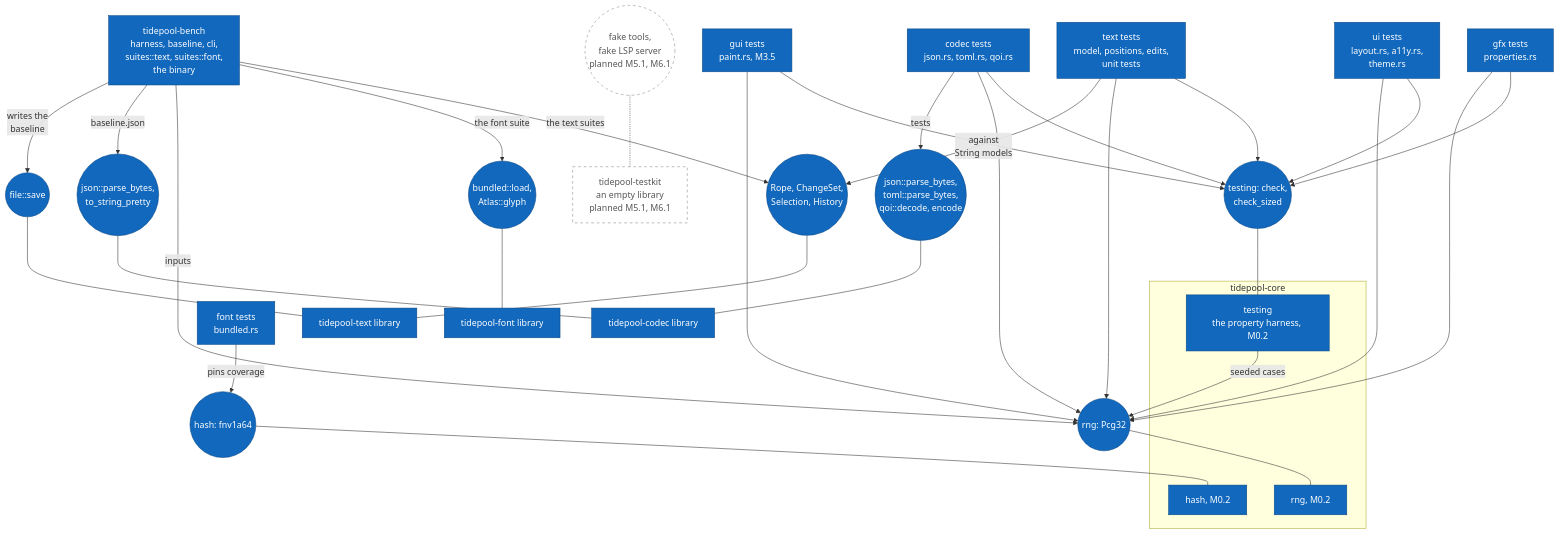
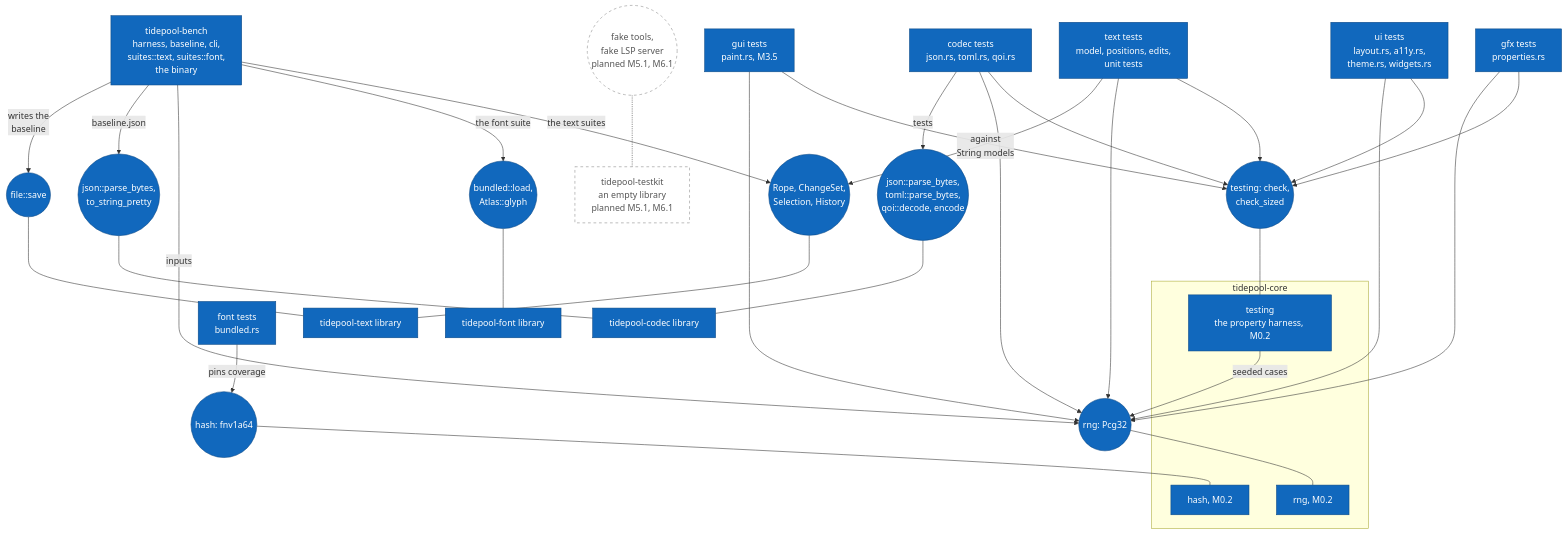
Diagram 21 of 21 in diagrams/component-diagrams.md (jabbott-iii/Tidepool), drawn with Mermaid before and after one commit. The commit also changed other lines of this file and 64 other files, not shown here.

First line of the commit message:
ui: controls, theme tokens and grapheme editing (M3.6)

````diff
--- a/diagrams/component-diagrams.md
+++ b/diagrams/component-diagrams.md
@@ -1294,67 +1314,67 @@
 ```mermaid
 flowchart TB
     c_ctests["codec tests<br/>json.rs, toml.rs, qoi.rs"]
     c_ttests["text tests<br/>model, positions, edits,<br/>unit tests"]
     c_gtests["gfx tests<br/>properties.rs"]
     c_ftests["font tests<br/>bundled.rs"]
-    c_utests["ui tests<br/>layout.rs, a11y.rs,<br/>theme.rs"]
+    c_utests["ui tests<br/>layout.rs, a11y.rs,<br/>theme.rs, widgets.rs"]
     c_guitests["gui tests<br/>paint.rs, M3.5"]
     c_bench["tidepool-bench<br/>harness, baseline, cli,<br/>suites::text, suites::font,<br/>the binary"]
 
     i_check(("testing: check,<br/>check_sized"))
     i_pcg(("rng: Pcg32"))
     i_cparse(("json::parse_bytes,<br/>toml::parse_bytes,<br/>qoi::decode, encode"))
     i_tall(("Rope, ChangeSet,<br/>Selection, History"))
     i_bjson(("json::parse_bytes,<br/>to_string_pretty"))
     i_save(("file::save"))
     i_sha(("hash: fnv1a64"))
     i_fill(("bundled::load,<br/>Atlas::glyph"))
 
     subgraph sg_core["tidepool-core"]
         c_testing["testing<br/>the property harness, M0.2"]
         c_rng["rng, M0.2"]
         c_hash["hash, M0.2"]
     end
     c_codec["tidepool-codec library"]
     c_text["tidepool-text library"]
     c_font6["tidepool-font library"]
 
     c_testkit["tidepool-testkit<br/>an empty library<br/>planned M5.1, M6.1"]
     i_fakes(("fake tools,<br/>fake LSP server<br/>planned M5.1, M6.1"))
 
     c_ctests --> i_check
     c_ctests --> i_pcg
     c_ctests -->|"tests"| i_cparse
     c_ttests --> i_check
     c_ttests --> i_pcg
     c_ttests -->|"against<br/>String models"| i_tall
     c_gtests --> i_check
     c_gtests --> i_pcg
     c_ftests -->|"pins coverage"| i_sha
     c_utests --> i_check
     c_utests --> i_pcg
     c_guitests --> i_check
     c_guitests --> i_pcg
     c_bench -->|"the text suites"| i_tall
     c_bench -->|"the font suite"| i_fill
     c_bench -->|"inputs"| i_pcg
     c_bench -->|"baseline.json"| i_bjson
     c_bench -->|"writes the<br/>baseline"| i_save
 
     i_check --- c_testing
     c_testing -->|"seeded cases"| i_pcg
     i_pcg --- c_rng
     i_sha --- c_hash
     i_cparse --- c_codec
     i_bjson --- c_codec
     i_tall --- c_text
     i_save --- c_text
     i_fill --- c_font6
     i_fakes -.- c_testkit
 
     classDef built fill:#1168bd,stroke:#0b4884,color:#ffffff
     classDef planned fill:#ffffff,stroke:#888888,stroke-dasharray: 5 5,color:#555555
     class c_ctests,c_ttests,c_gtests,c_ftests,c_utests,c_guitests,c_bench,c_testing,c_rng,c_hash,c_codec,c_text,c_font6 built
     class i_check,i_pcg,i_cparse,i_tall,i_bjson,i_save,i_sha,i_fill built
     class c_testkit,i_fakes planned
 ```
````
